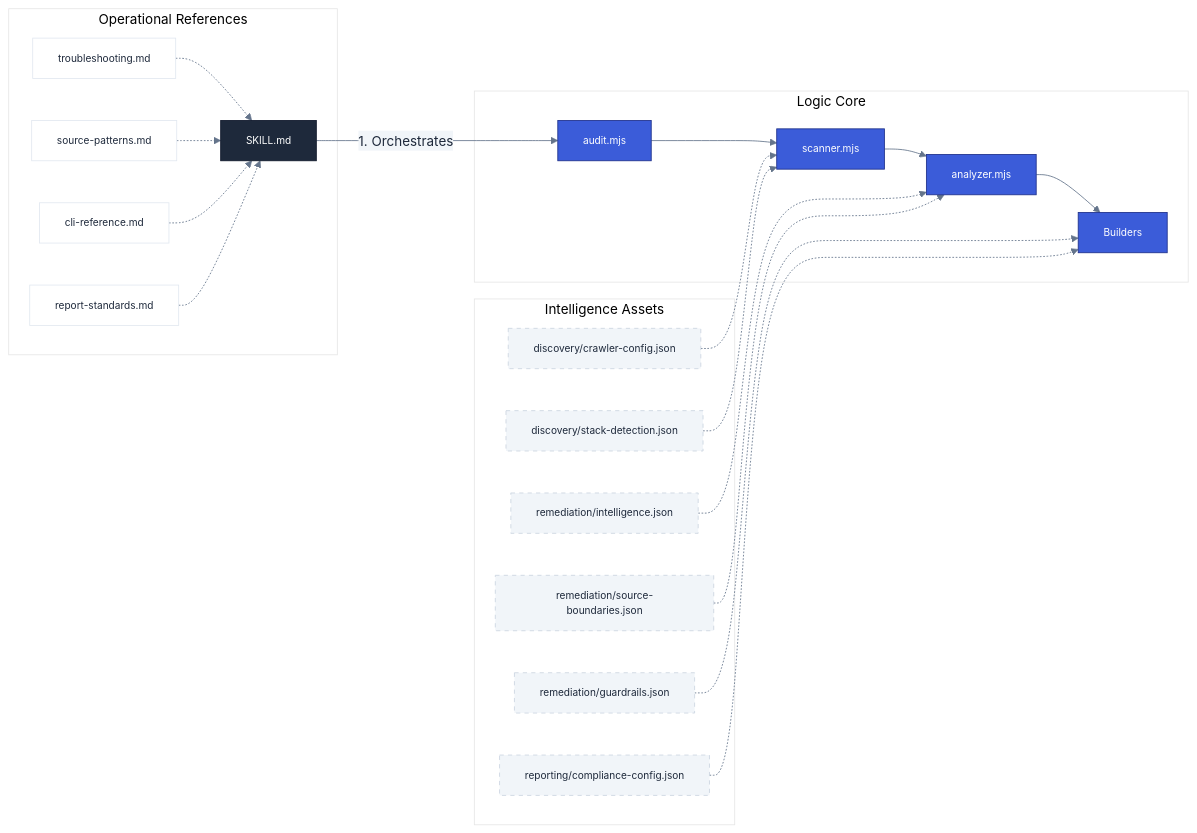
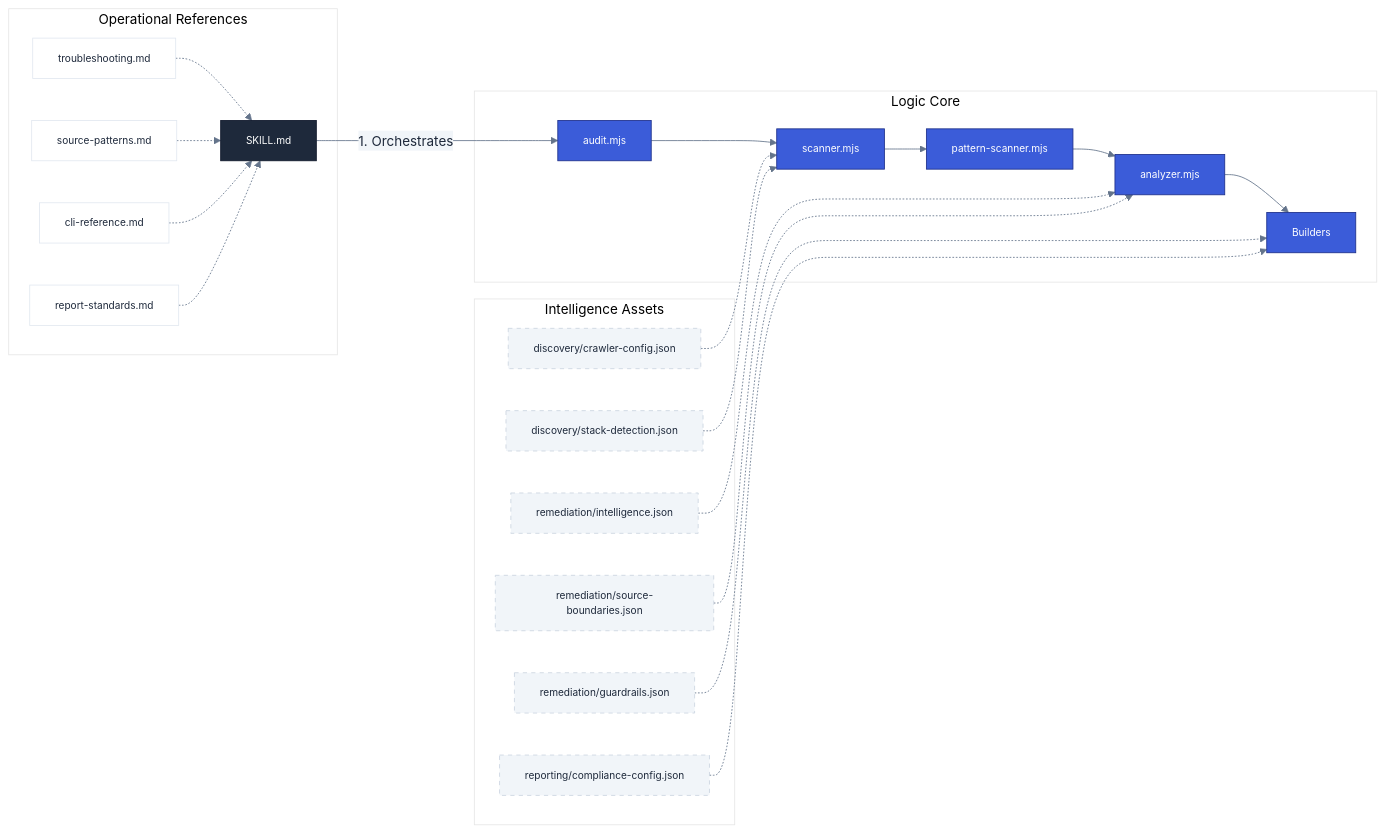
One commit to diegovelasquezweb/a11y-skill changed the second of 2 diagrams in docs/engine-manifest.md. Above: the diagram before and after it, drawn with Mermaid. The commit also changed other lines of this file and 5 other files, not shown here.

Commit message:
feat(a11y): introduce static pattern scanning phase to the remediation pipeline and refine architecture documentation.

````diff
--- a/docs/engine-manifest.md
+++ b/docs/engine-manifest.md
@@ -116,36 +117,37 @@
 ```mermaid
 %%{init: { 'theme': 'base', 'themeVariables': { 'primaryColor': '#3b5cd9', 'primaryTextColor': '#1e293b', 'primaryBorderColor': '#1e308a', 'lineColor': '#64748b', 'secondaryColor': '#f1f5f9', 'tertiaryColor': '#fff', 'mainBkg': '#fff', 'nodeBorder': '#e2e8f0' } } }%%
 flowchart LR
     A[SKILL.md] -- "1. Orchestrates" --> B[audit.mjs]
 
     subgraph Engine ["Logic Core"]
         B --> C[scanner.mjs]
-        C --> D[analyzer.mjs]
+        C --> PS[pattern-scanner.mjs]
+        PS --> D[analyzer.mjs]
         D --> E[Builders]
     end
 
     subgraph Data ["Intelligence Assets"]
         AS1[discovery/crawler-config.json] -.-> C
         AS2[discovery/stack-detection.json] -.-> C
         AS3[remediation/intelligence.json] -.-> D
         AS4[remediation/source-boundaries.json] -.-> D
         AS5[remediation/guardrails.json] -.-> E
         AS6[reporting/compliance-config.json] -.-> E
     end
 
     subgraph Knowledge ["Operational References"]
         R1[troubleshooting.md] -.-> A
         R2[source-patterns.md] -.-> A
         R3[cli-reference.md] -.-> A
         R4[report-standards.md] -.-> A
     end
 
     classDef default font-family:Inter,sans-serif,font-size:12px;
     classDef playbook fill:#1e293b,color:#fff,stroke:#0f172a;
     classDef core fill:#3b5cd9,color:#fff,stroke:#1e308a;
     classDef storage fill:#f1f5f9,stroke:#cbd5e1,stroke-dasharray: 5 5;
 
     class A playbook;
-    class B,C,D,E core;
+    class B,C,PS,D,E core;
     class AS1,AS2,AS3,AS4,AS5,AS6,AS7 storage;
 ```
````
